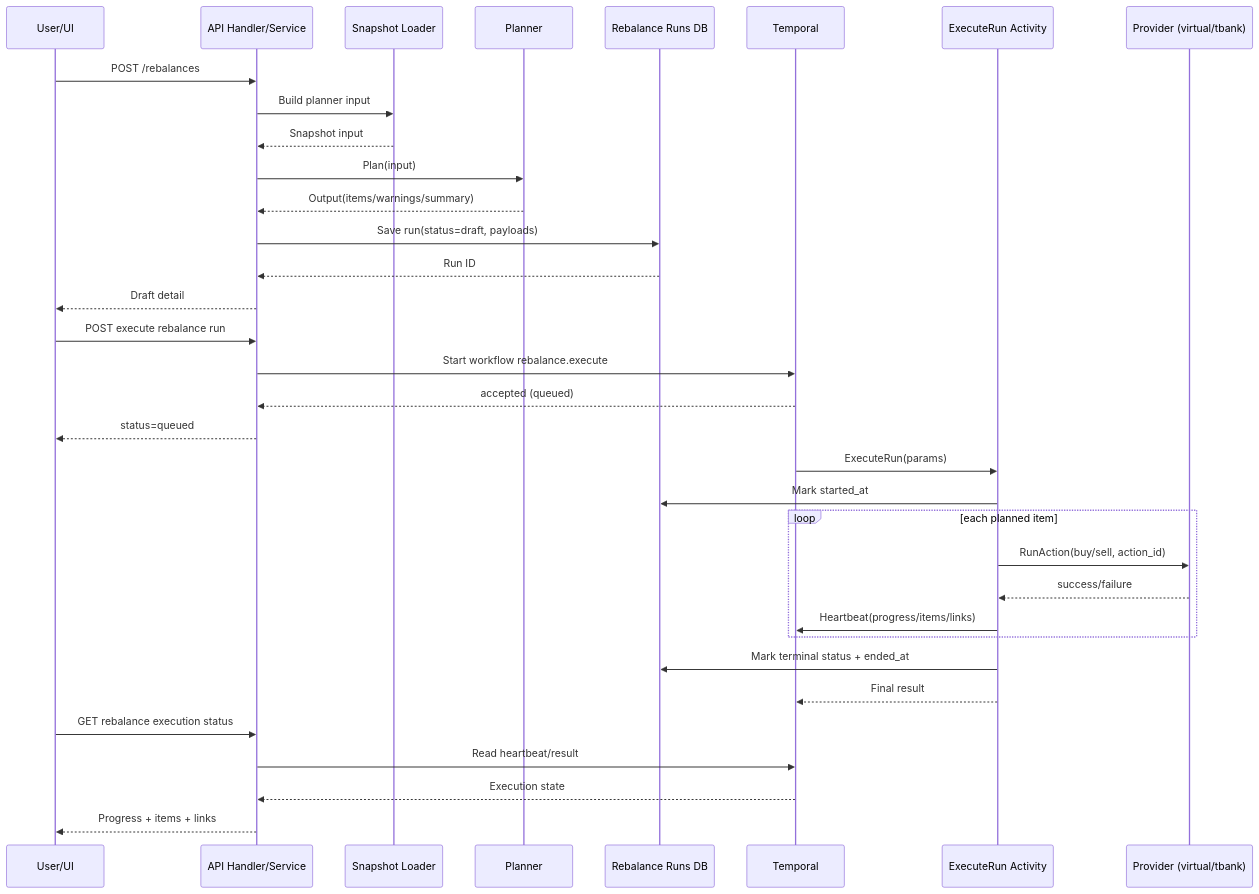
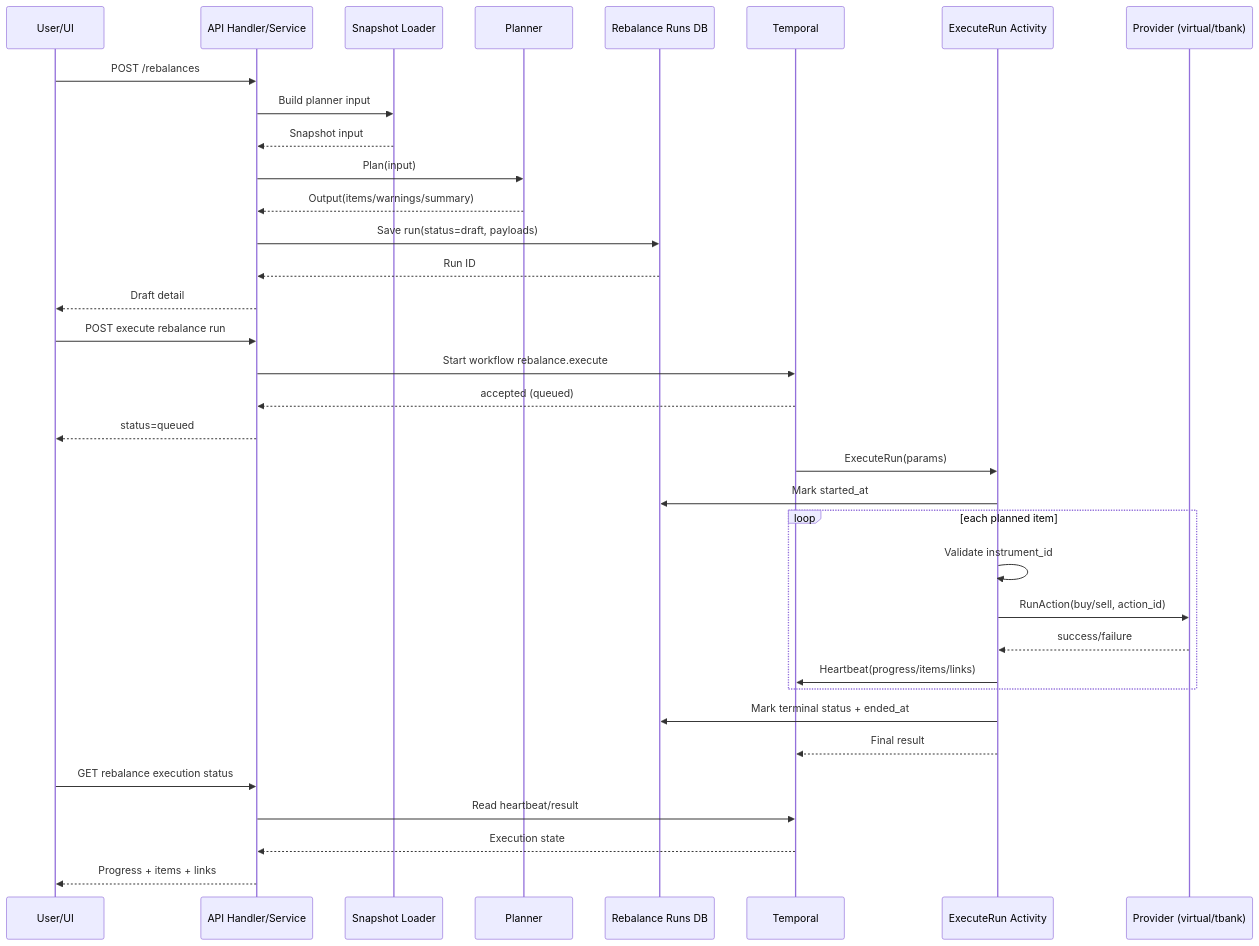
Before and after one commit to Wgmlgz/index-replication: the second of 2 diagrams in docs/rebalancing/execution-pipeline.md, drawn with Mermaid. The commit also changed other lines of this file and 3 other files, not shown here.

````diff
--- a/docs/rebalancing/execution-pipeline.md
+++ b/docs/rebalancing/execution-pipeline.md
@@ -98,40 +99,41 @@
 ```mermaid
 sequenceDiagram
     participant U as User/UI
     participant API as API Handler/Service
     participant SNAP as Snapshot Loader
     participant PLAN as Planner
     participant DB as Rebalance Runs DB
     participant TMP as Temporal
     participant ACT as ExecuteRun Activity
     participant PRV as Provider (virtual/tbank)
 
     U->>API: POST /rebalances
     API->>SNAP: Build planner input
     SNAP-->>API: Snapshot input
     API->>PLAN: Plan(input)
     PLAN-->>API: Output(items/warnings/summary)
     API->>DB: Save run(status=draft, payloads)
     DB-->>API: Run ID
     API-->>U: Draft detail
 
     U->>API: POST execute rebalance run
     API->>TMP: Start workflow rebalance.execute
     TMP-->>API: accepted (queued)
     API-->>U: status=queued
 
     TMP->>ACT: ExecuteRun(params)
     ACT->>DB: Mark started_at
     loop each planned item
+        ACT->>ACT: Validate instrument_id
         ACT->>PRV: RunAction(buy/sell, action_id)
         PRV-->>ACT: success/failure
         ACT->>TMP: Heartbeat(progress/items/links)
     end
     ACT->>DB: Mark terminal status + ended_at
     ACT-->>TMP: Final result
 
     U->>API: GET rebalance execution status
     API->>TMP: Read heartbeat/result
     TMP-->>API: Execution state
     API-->>U: Progress + items + links
 ```
````
